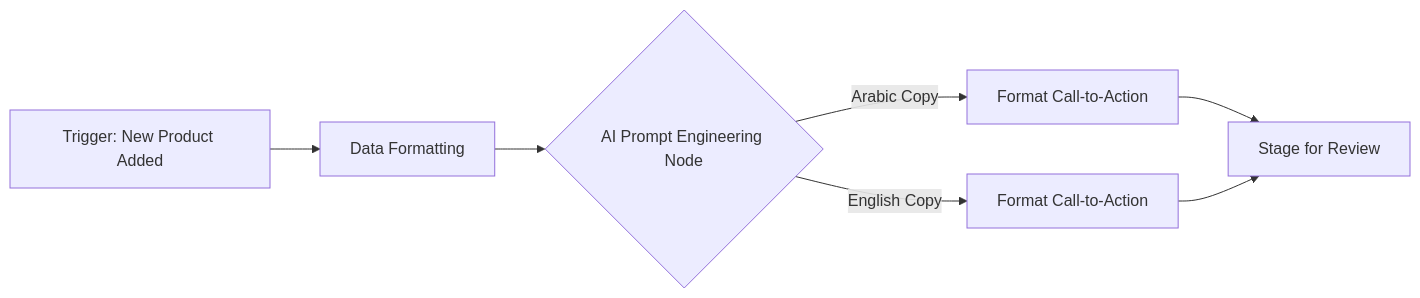
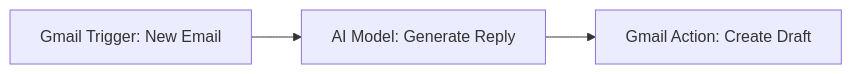
The diagram in README.md (ahmedkhier/Automated_AI_Email_Draft_Generator), drawn with Mermaid before and after one commit. The commit also changed other lines of this file, not shown here.

````diff
--- a/README.md
+++ b/README.md
@@ -7,9 +7,5 @@
 ```mermaid
 flowchart LR
-  A[Trigger: New Product Added] --> B[Data Formatting]
-  B --> C{AI Prompt Engineering Node}
-  C -- Arabic Copy --> D[Format Call-to-Action]
-  C -- English Copy --> E[Format Call-to-Action]
-  D --> F[Stage for Review]
-  E --> F
+    A[Gmail Trigger: New Email] --> B[AI Model: Generate Reply]
+    B --> C[Gmail Action: Create Draft]
 ```
````
